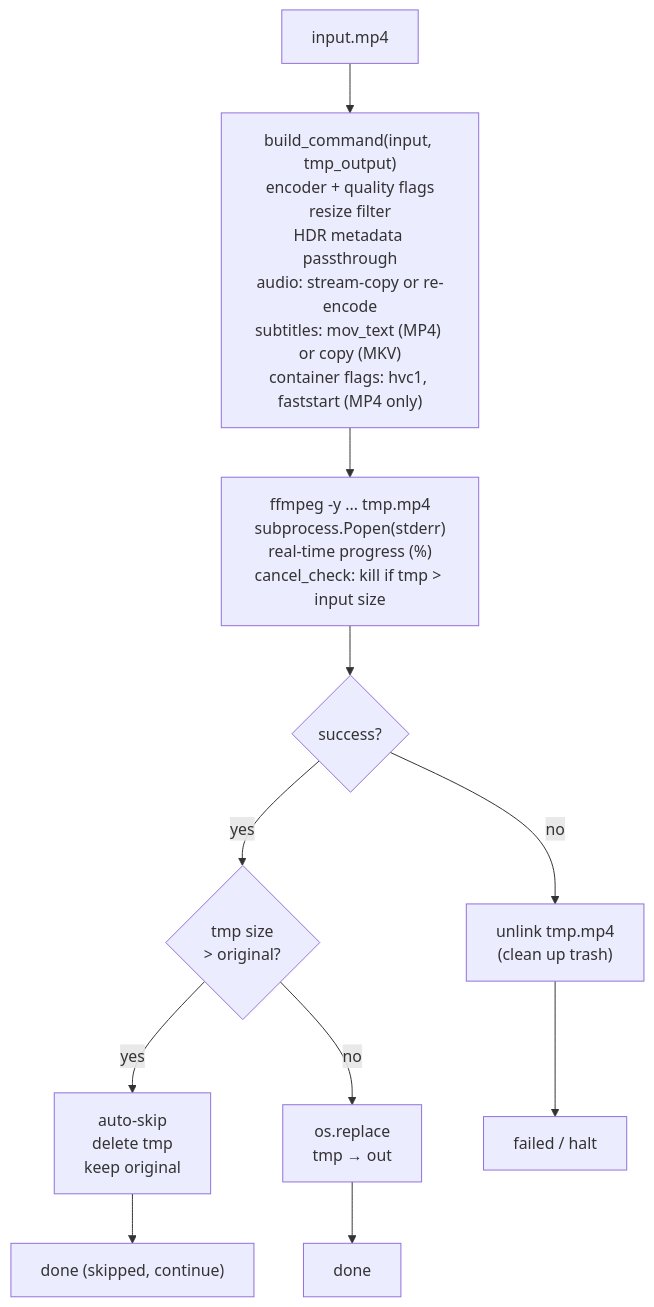
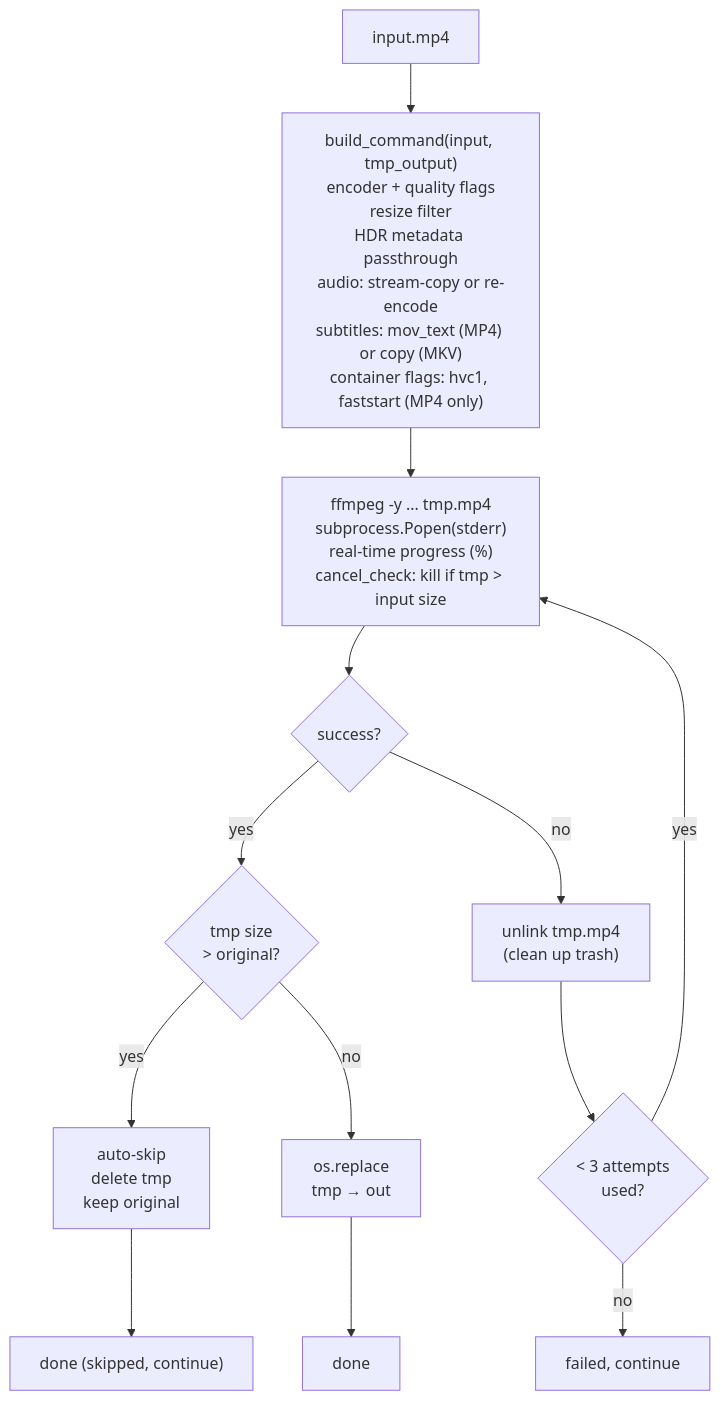
Before and after one commit to JoshPaulie/h265ify: the second of 6 diagrams in docs/ARCHITECTURE.md, drawn with Mermaid. The commit also changed other lines of this file, not shown here.

First line of the commit message:
docs: update architecture doc for auto-retry and continue-on-failure

````diff
--- a/docs/ARCHITECTURE.md
+++ b/docs/ARCHITECTURE.md
@@ -36,31 +37,35 @@
 ```mermaid
 flowchart TD
     Input["input.mp4"]
     Build["build_command(input, tmp_output)
 encoder + quality flags
 resize filter
 HDR metadata passthrough
 audio: stream-copy or re-encode
 subtitles: mov_text (MP4) or copy (MKV)
 container flags: hvc1, faststart (MP4 only)"]
     Ffmpeg["ffmpeg -y ... tmp.mp4
 subprocess.Popen(stderr)
 real-time progress (%)
 cancel_check: kill if tmp > input size"]
     Success{"success?"}
     SizeCheck{"tmp size
 > original?"}
     SkipLarge["auto-skip
 delete tmp
 keep original"]
     ReplaceOut["os.replace
 tmp → out"]
     UnlinkFail["unlink tmp.mp4
 (clean up trash)"]
+    RetryCheck{"< 3 attempts
+used?"}
 
     Input --> Build --> Ffmpeg --> Success
     Success -->|yes| SizeCheck
     SizeCheck -->|yes| SkipLarge --> Done["done (skipped, continue)"]
     SizeCheck -->|no| ReplaceOut --> DoneDone["done"]
-    Success -->|no| UnlinkFail --> Failed["failed / halt"]
+    Success -->|no| UnlinkFail --> RetryCheck
+    RetryCheck -->|yes| Ffmpeg
+    RetryCheck -->|no| Failed["failed, continue"]
 ```
````
